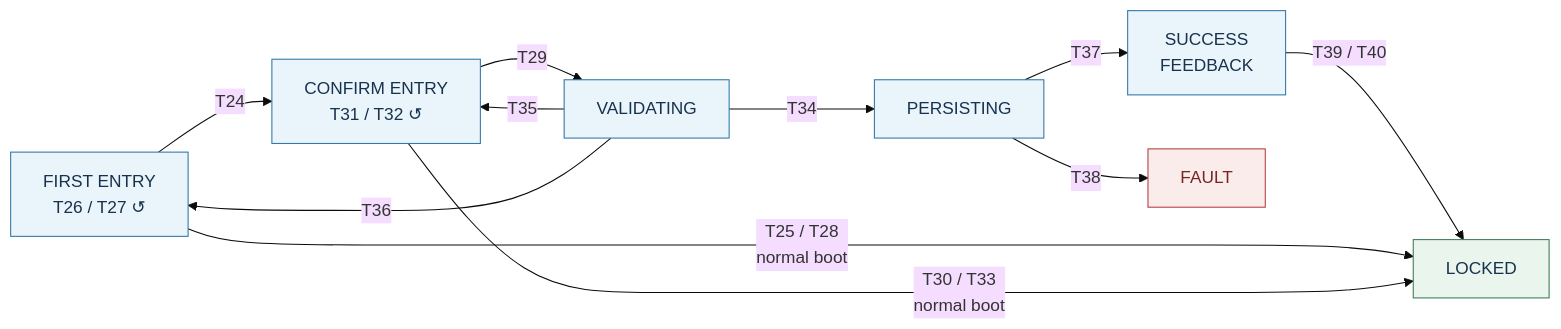
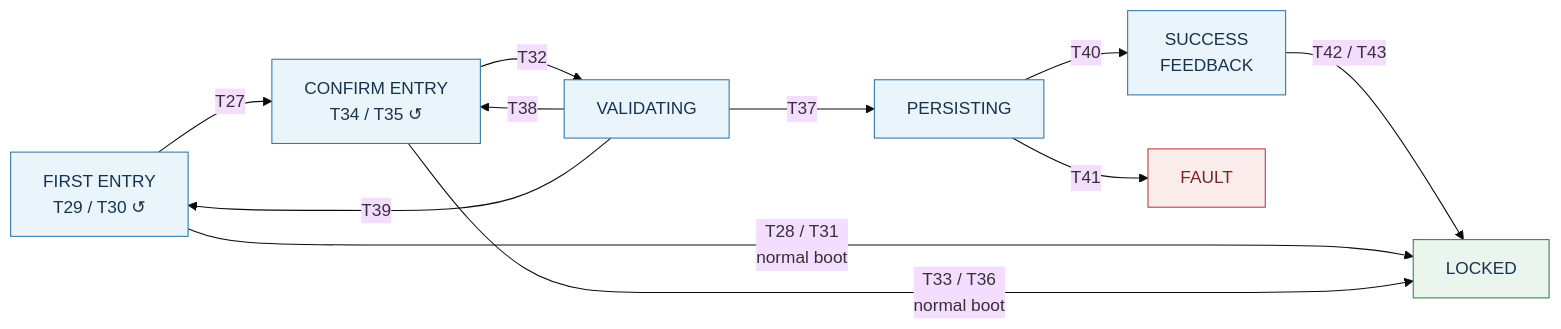
Before and after one commit to JP-REY/STM32F103C8T6-Based-Electronic-Lock: the third of 8 diagrams in Libs/Services/Lock_Control/README.md, drawn with Mermaid (base theme). The commit also changed other lines of this file and 2 other files, not shown here.

First line of the commit message:
feature(lock-control): add door-held-open recovery flow

````diff
--- a/Libs/Services/Lock_Control/README.md
+++ b/Libs/Services/Lock_Control/README.md
@@ -559,30 +580,30 @@
 ```mermaid
 flowchart LR
-    FIRST["FIRST ENTRY<br/>T26 / T27 ↺"] -->|T24| CONFIRM["CONFIRM ENTRY<br/>T31 / T32 ↺"]
+    FIRST["FIRST ENTRY<br/>T29 / T30 ↺"] -->|T27| CONFIRM["CONFIRM ENTRY<br/>T34 / T35 ↺"]
 
-    CONFIRM -->|T29| VALIDATE["VALIDATING"]
+    CONFIRM -->|T32| VALIDATE["VALIDATING"]
 
-    VALIDATE -->|T34| PERSIST["PERSISTING"]
+    VALIDATE -->|T37| PERSIST["PERSISTING"]
 
-    PERSIST -->|T37| FEEDBACK["SUCCESS<br/>FEEDBACK"]
+    PERSIST -->|T40| FEEDBACK["SUCCESS<br/>FEEDBACK"]
 
-    FEEDBACK -->|"T39 / T40"| LOCKED["LOCKED"]
+    FEEDBACK -->|"T42 / T43"| LOCKED["LOCKED"]
 
-    VALIDATE -->|T35| CONFIRM
+    VALIDATE -->|T38| CONFIRM
 
-    VALIDATE -->|T36| FIRST
+    VALIDATE -->|T39| FIRST
 
-    FIRST -->|"T25 / T28<br/>normal boot"| LOCKED
+    FIRST -->|"T28 / T31<br/>normal boot"| LOCKED
 
-    CONFIRM -->|"T30 / T33<br/>normal boot"| LOCKED
+    CONFIRM -->|"T33 / T36<br/>normal boot"| LOCKED
 
-    PERSIST -->|T38| FAULT["FAULT"]
+    PERSIST -->|T41| FAULT["FAULT"]
 
     classDef secure fill:#eaf5ed,stroke:#3d7e57,color:#17324d
     classDef active fill:#eaf4fb,stroke:#3478a8,color:#17324d
     classDef fault fill:#fbecec,stroke:#b54040,color:#7a2525
 
     class FIRST,CONFIRM,VALIDATE,PERSIST,FEEDBACK active
     class LOCKED secure
     class FAULT fault
 ```
````
